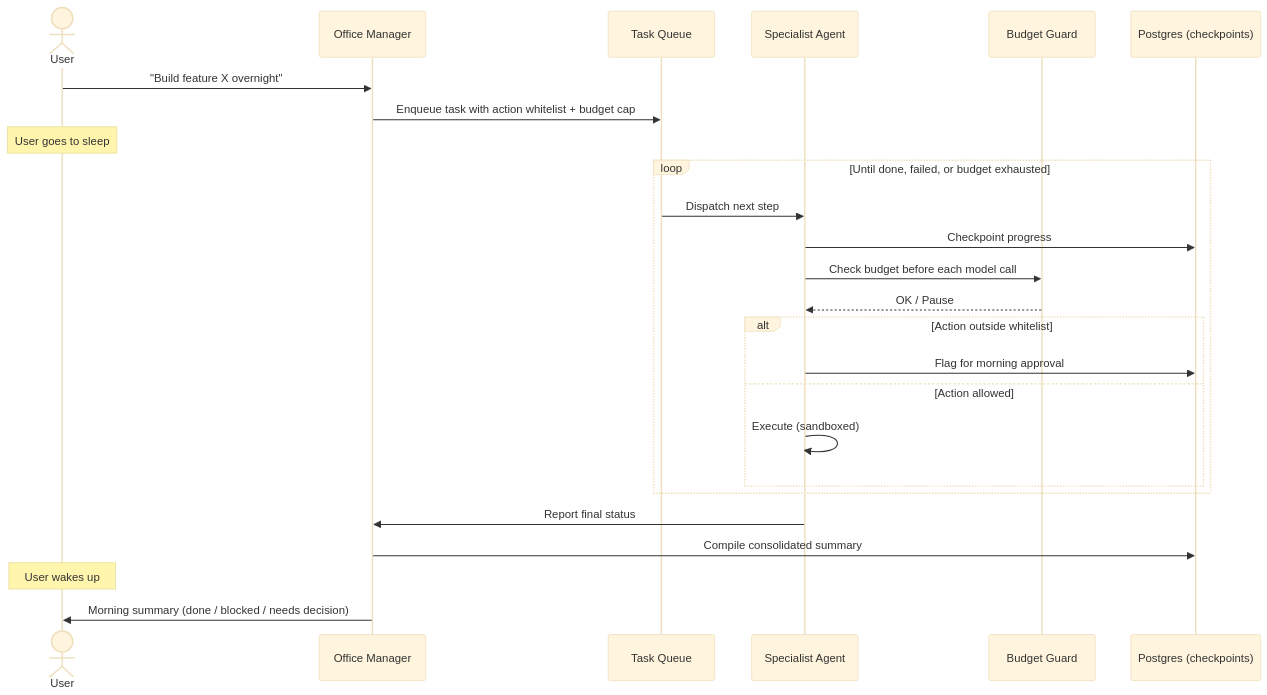
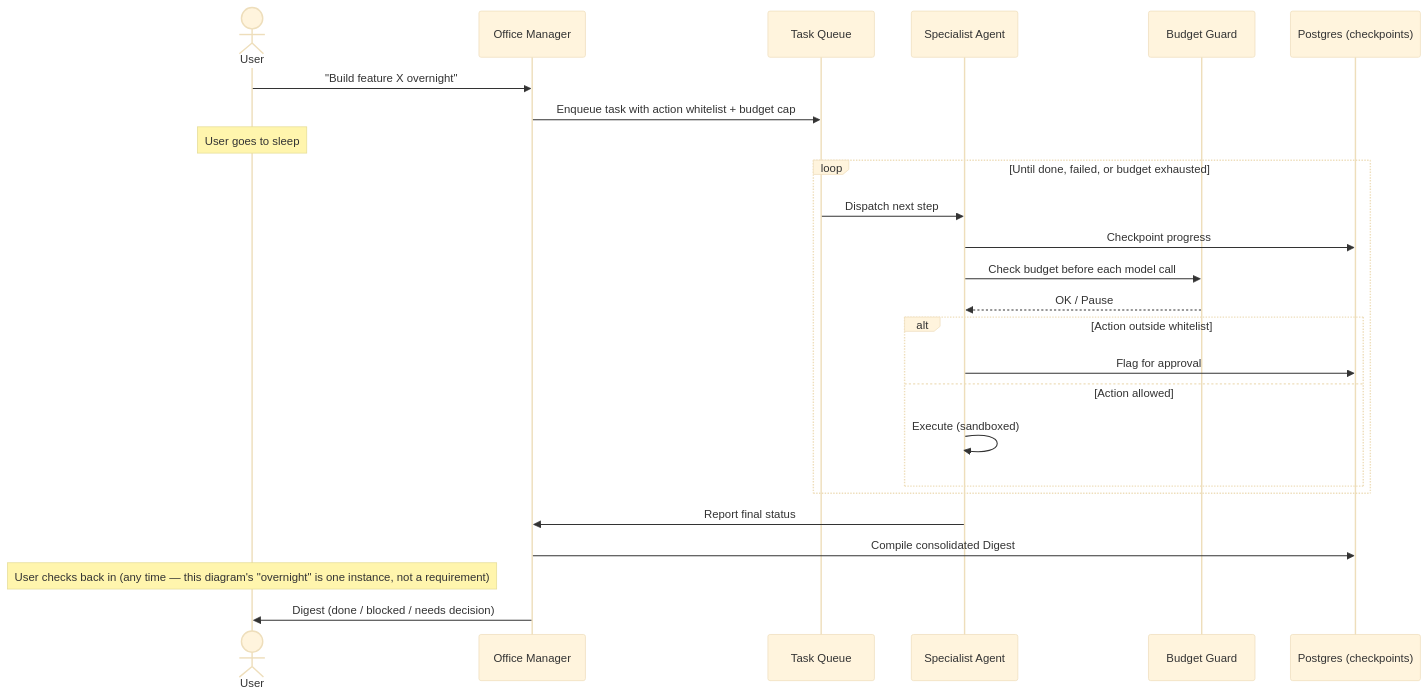
Before and after one commit to meetrakib/orbicrew_master: the fifth of 8 diagrams in docs/leangine-office-docs/tech/03_system_design.md, drawn with Mermaid (base theme). The commit also changed other lines of this file and 29 other files, not shown here.

First line of the commit message:
Sync accumulated docs/process updates: Digest rename, Agent Roster, provider registry, Stitch additional designs, research notes

````diff
--- a/docs/leangine-office-docs/tech/03_system_design.md
+++ b/docs/leangine-office-docs/tech/03_system_design.md
@@ -211,28 +213,28 @@
 ```mermaid
 sequenceDiagram
     actor User
     participant OM as Office Manager
     participant TQ as Task Queue
     participant Agent as Specialist Agent
     participant BG as Budget Guard
     participant DB as Postgres (checkpoints)
 
     User->>OM: "Build feature X overnight"
     OM->>TQ: Enqueue task with action whitelist + budget cap
     Note over User: User goes to sleep
     loop Until done, failed, or budget exhausted
         TQ->>Agent: Dispatch next step
         Agent->>DB: Checkpoint progress
         Agent->>BG: Check budget before each model call
         BG-->>Agent: OK / Pause
         alt Action outside whitelist
-            Agent->>DB: Flag for morning approval
+            Agent->>DB: Flag for approval
         else Action allowed
             Agent->>Agent: Execute (sandboxed)
         end
     end
     Agent->>OM: Report final status
-    OM->>DB: Compile consolidated summary
-    Note over User: User wakes up
-    OM->>User: Morning summary (done / blocked / needs decision)
+    OM->>DB: Compile consolidated Digest
+    Note over User: User checks back in (any time — this diagram's "overnight" is one instance, not a requirement)
+    OM->>User: Digest (done / blocked / needs decision)
 ```
````
